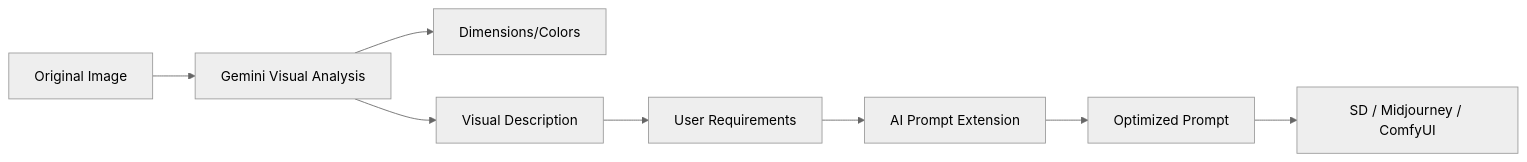
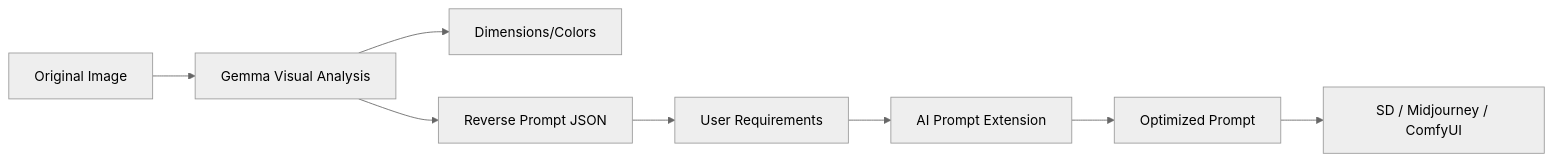
The diagram in README.md (qiushanyueyue/image-pre-edit), drawn with Mermaid (neutral theme) before and after one commit. The commit also changed other lines of this file and 21 other files, not shown here.

````diff
--- a/README.md
+++ b/README.md
@@ -30,10 +30,10 @@
 ```mermaid
 graph LR
-    IMG[Original Image] --> AI[Gemini Visual Analysis]
+    IMG[Original Image] --> AI[Gemma Visual Analysis]
     AI --> DIM[Dimensions/Colors]
-    AI --> DESC[Visual Description]
+    AI --> DESC[Reverse Prompt JSON]
     DESC --> USR[User Requirements]
     USR --> EXT[AI Prompt Extension]
     EXT --> FINAL[Optimized Prompt]
     FINAL --> TOOL[SD / Midjourney / ComfyUI]
 ```
````
